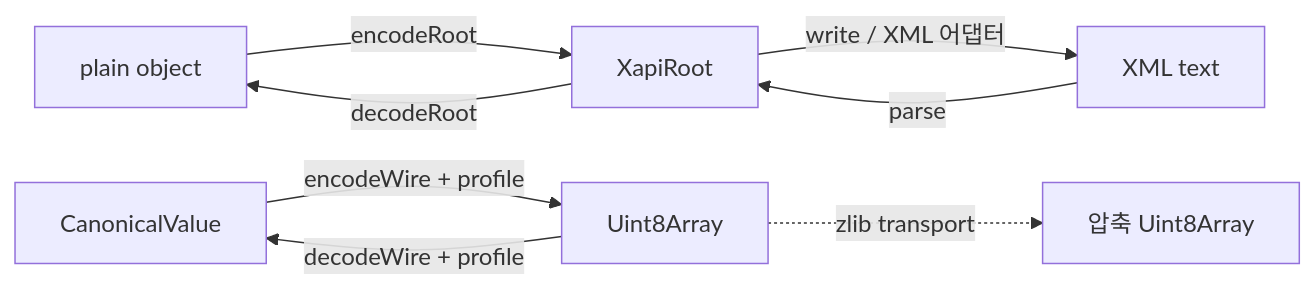
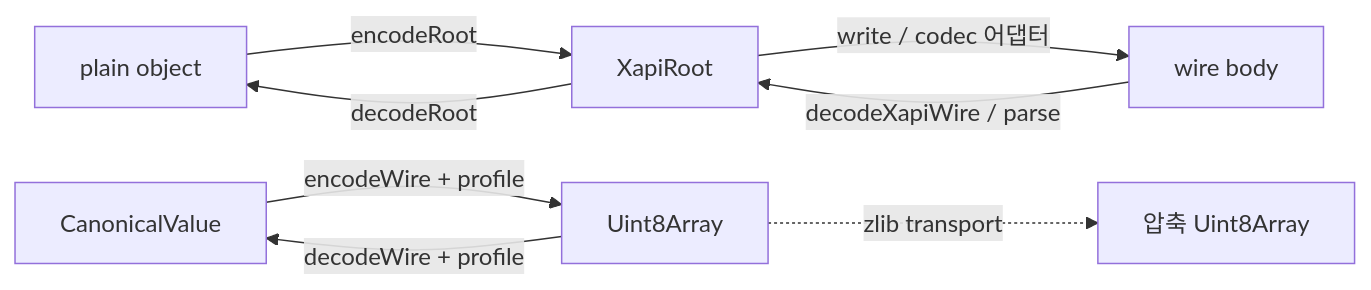
The diagram in README.md (Clickin/xapi-js), drawn with Mermaid before and after one commit. The commit also changed other lines of this file and 28 other files, not shown here.

````diff
--- a/README.md
+++ b/README.md
@@ -43,11 +43,11 @@
 ```mermaid
 flowchart LR
   A[plain object] -->|encodeRoot| B[XapiRoot]
-  B -->|write / XML 어댑터| C[XML text]
-  C -->|parse| B
+  B -->|write / codec 어댑터| C[wire body]
+  C -->|decodeXapiWire / parse| B
   B -->|decodeRoot| A
 
   D[CanonicalValue] -->|encodeWire + profile| E[Uint8Array]
   E -->|decodeWire + profile| D
   E -.->|zlib transport| F[압축 Uint8Array]
 ```
````
